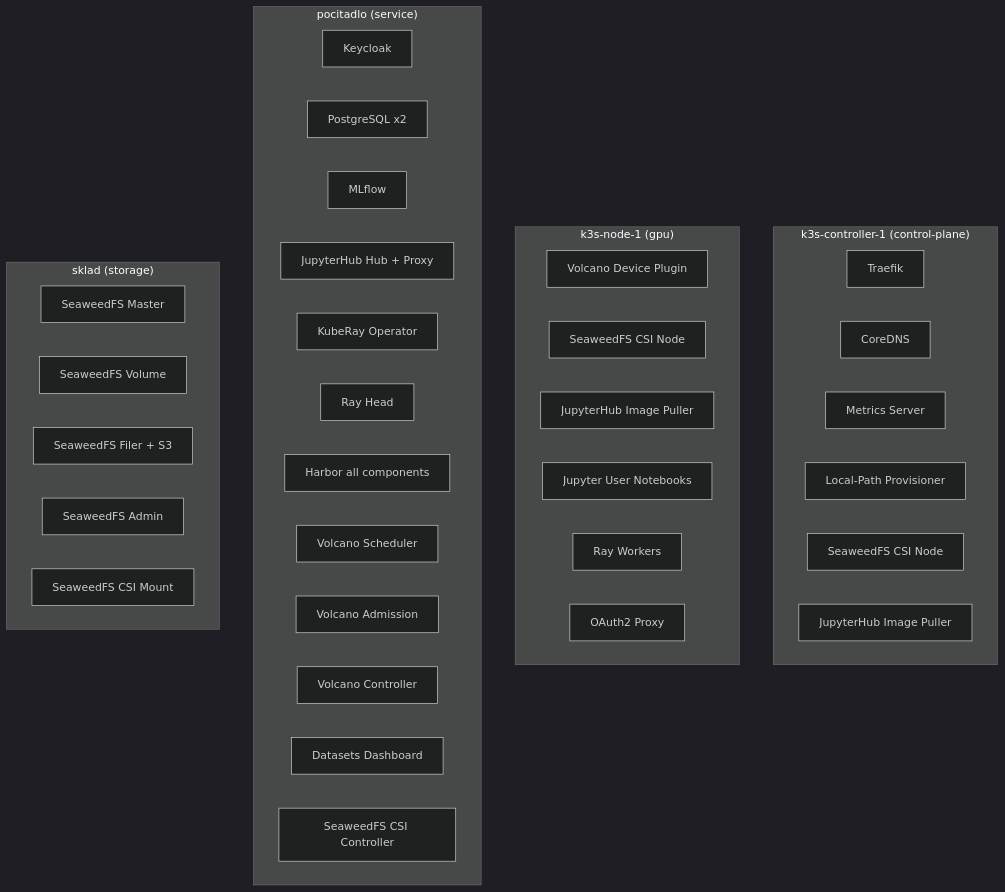
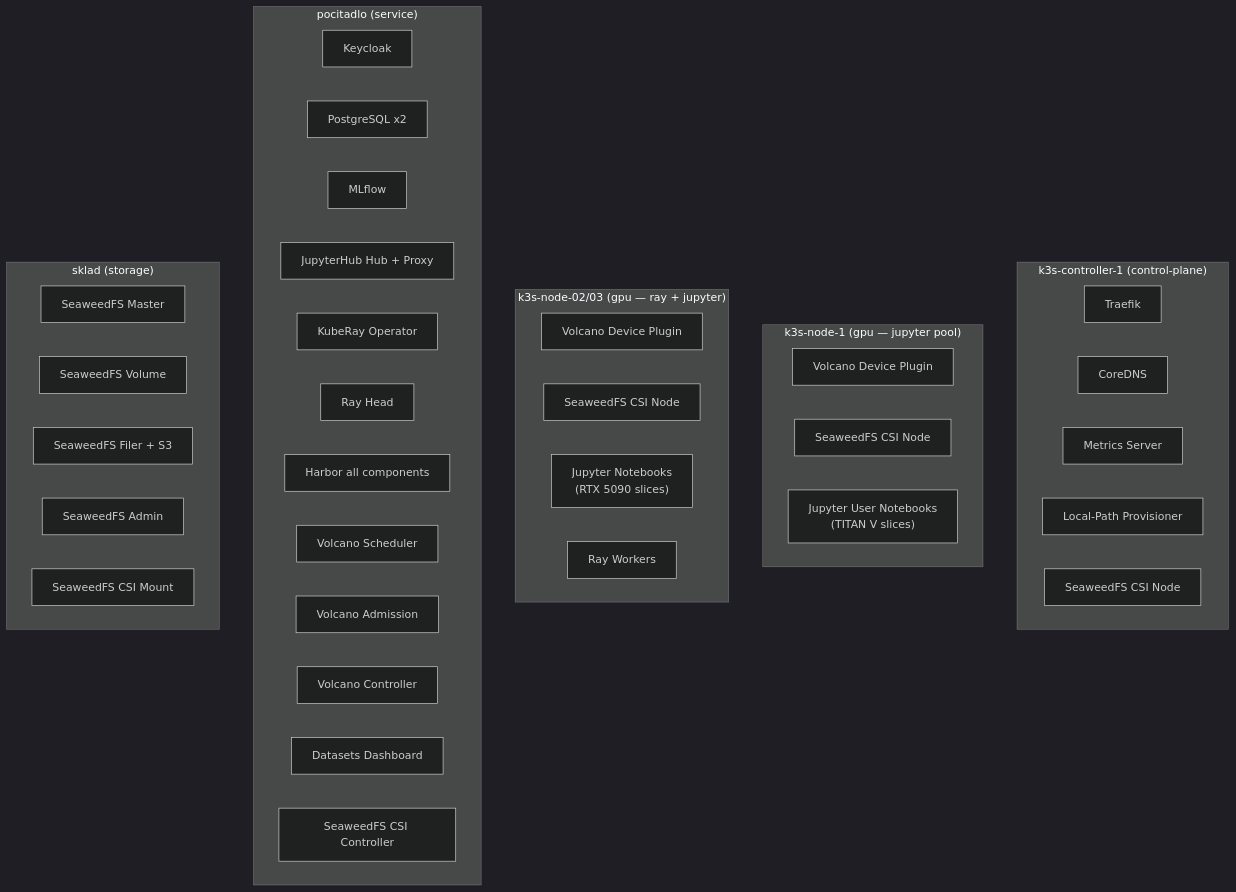
The second of 2 diagrams in cluster-nodes.md (fmfi-dai-gpu-servers/compute-wiki), drawn with Mermaid (dark theme) before and after one commit. The commit also changed other lines of this file and 7 other files, not shown here.

First line of the commit message:
Document cu128 GPU platform, TITAN Xp masking, and 6-node cluster

````diff
--- a/cluster-nodes.md
+++ b/cluster-nodes.md
@@ -32,47 +38,51 @@
 ```mermaid
 flowchart TB
     subgraph ctrl["k3s-controller-1 (control-plane)"]
         direction LR
         T["Traefik"]
         CD["CoreDNS"]
         MS["Metrics Server"]
         LPP["Local-Path Provisioner"]
         CSI_N["SeaweedFS CSI Node"]
-        CIP["JupyterHub Image Puller"]
     end
 
-    subgraph gpu_node["k3s-node-1 (gpu)"]
+    subgraph gpu_node1["k3s-node-1 (gpu — jupyter pool)"]
         direction LR
         VDP["Volcano Device Plugin"]
+        CSI_N1["SeaweedFS CSI Node"]
+        JW1["Jupyter User Notebooks\n(TITAN V slices)"]
+    end
+
+    subgraph gpu_node23["k3s-node-02/03 (gpu — ray + jupyter)"]
+        direction LR
+        VDP2["Volcano Device Plugin"]
         CSI_N2["SeaweedFS CSI Node"]
-        CIP2["JupyterHub Image Puller"]
-        JW["Jupyter User Notebooks"]
+        JW2["Jupyter Notebooks\n(RTX 5090 slices)"]
         RW["Ray Workers"]
-        OAP["OAuth2 Proxy"]
     end
 
     subgraph svc_node["pocitadlo (service)"]
         direction LR
         KC["Keycloak"]
         PG_KC["PostgreSQL x2"]
         ML["MLflow"]
         HUB["JupyterHub Hub + Proxy"]
         KRO["KubeRay Operator"]
         RH["Ray Head"]
         HV["Harbor all components"]
         VS["Volcano Scheduler"]
         VA["Volcano Admission"]
         VC["Volcano Controller"]
         DD["Datasets Dashboard"]
         CSI_C["SeaweedFS CSI Controller"]
     end
 
     subgraph stor_node["sklad (storage)"]
         direction LR
         SW_M["SeaweedFS Master"]
         SW_V["SeaweedFS Volume"]
         SW_F["SeaweedFS Filer + S3"]
         SW_A["SeaweedFS Admin"]
         CSI_M["SeaweedFS CSI Mount"]
     end
 ```
````
